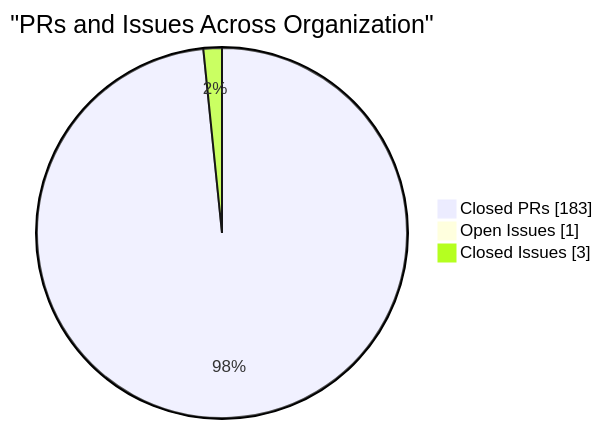
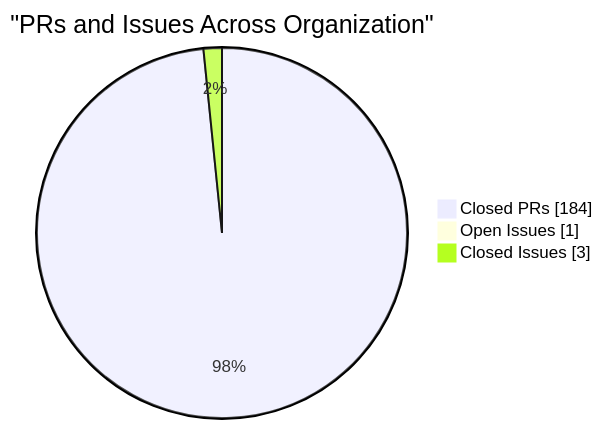
One commit to CSTH-Projects/.github changed the fourth of 4 diagrams in profile/README.md. Above: the diagram before and after it, drawn with Mermaid. The commit also changed other lines of this file, not shown here.

````diff
--- a/profile/README.md
+++ b/profile/README.md
@@ -100,7 +100,7 @@
 ```mermaid
 pie showData
     title "PRs and Issues Across Organization"
-    "Closed PRs" : 183
+    "Closed PRs" : 184
     "Open Issues" : 1
     "Closed Issues" : 3
 ```
````
